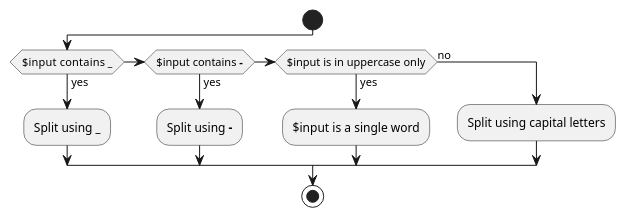
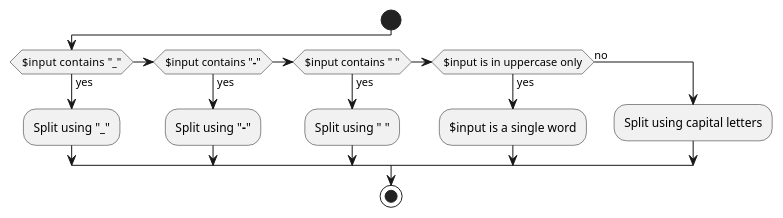
Before and after one commit to jawira/case-converter: the diagram in docs/analyse.puml, drawn with PlantUML. The commit also changed 3 other files, not shown here.

```diff
--- a/docs/analyse.puml
+++ b/docs/analyse.puml
@@ -1,13 +1,15 @@
 @startuml
 start
-if ($input  contains **_**) then (yes)
-  :Split using **_**;
-elseif ($input contains **-**) then (yes)
-  :Split using **-**;
+if ($input  contains "**_**") then (yes)
+  :Split using "**_**";
+elseif ($input contains "**-**") then (yes)
+  :Split using "**-**";
+elseif ($input contains "** **") then (yes)
+  :Split using "** **";
 elseif ($input is in uppercase only) then (yes)
   :$input is a single word;
 else (no)
   :Split using capital letters;
 endif
 stop
 @enduml
```
